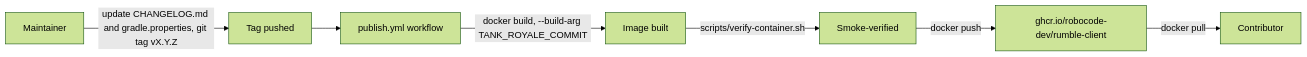
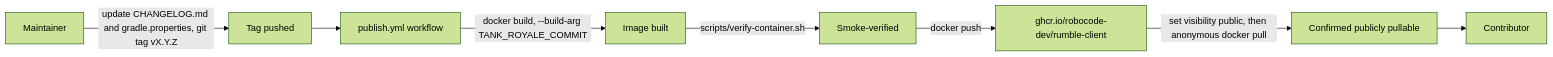
Before and after one commit to robocode-dev/rumble-client: the diagram in docs/capabilities/CAP-001-published-container-image/design.md, drawn with Mermaid (forest theme). The commit also changed other lines of this file and 2 other files, not shown here.

Commit message:
fix(CH-001): make the published GHCR package public and verify it
Closes the review's advisory gap: a package GITHUB_TOKEN creates on
GHCR is not guaranteed public, which would silently defeat AC-001.
publish.yml now sets visibility to public after pushing and fails the
run if an anonymous pull of the just-pushed tag doesn't work. Also
moves the tag/push step's version interpolation into an env var
instead of the run: script body.

Claude-Session: https://claude.ai/code/session_01Hma5K774H256sXrcqshaff

````diff
--- a/docs/capabilities/CAP-001-published-container-image/design.md
+++ b/docs/capabilities/CAP-001-published-container-image/design.md
@@ -11,9 +11,10 @@
 ```mermaid
 flowchart LR
   Maintainer -->|update CHANGELOG.md and gradle.properties, git tag vX.Y.Z| Tag[Tag pushed]
   Tag --> Publish[publish.yml workflow]
   Publish -->|docker build, --build-arg TANK_ROYALE_COMMIT| Image[Image built]
   Image -->|scripts/verify-container.sh| Verify[Smoke-verified]
   Verify -->|docker push| GHCR[ghcr.io/robocode-dev/rumble-client]
-  GHCR -->|docker pull| Contributor
+  GHCR -->|set visibility public, then anonymous docker pull| Confirm[Confirmed publicly pullable]
+  Confirm --> Contributor
 ```
````
